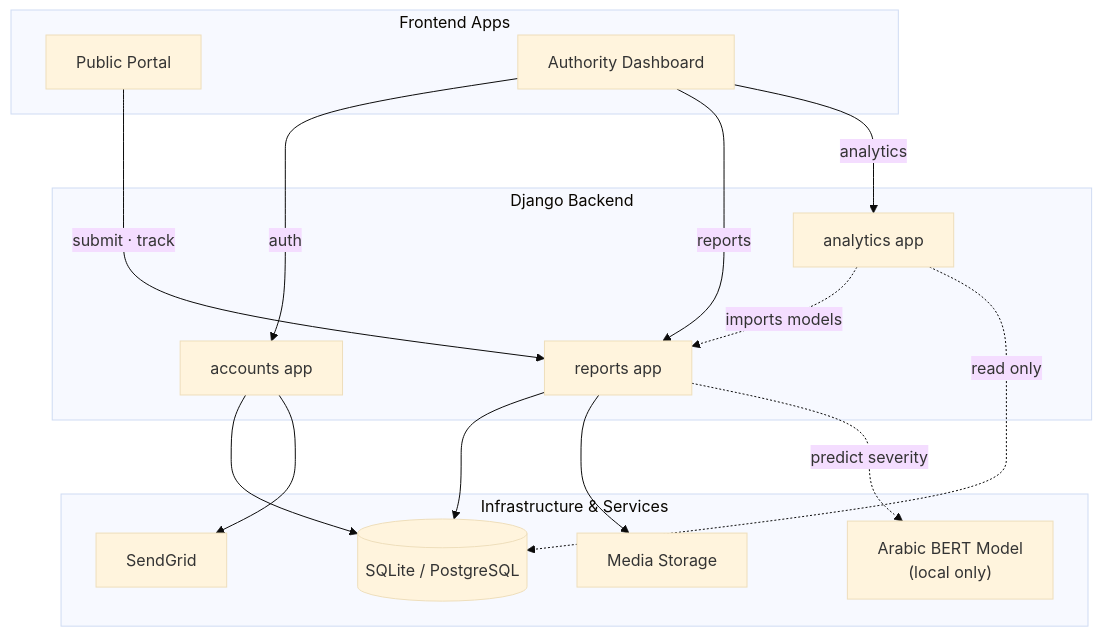
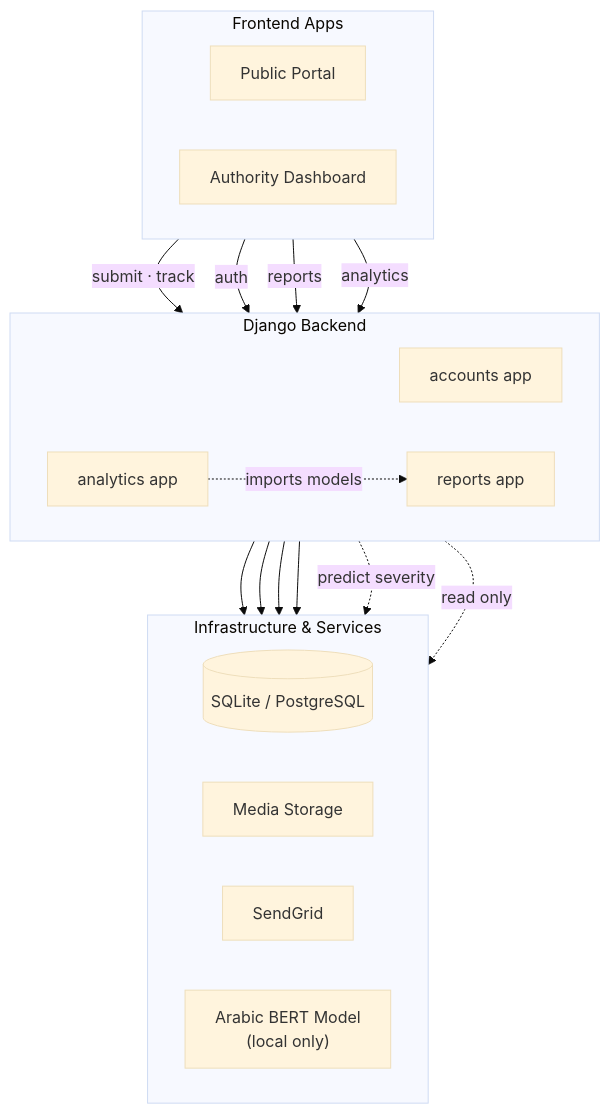
Before and after one commit to salmakhalill/Python-Sec-Sandbox: the first of 2 diagrams in test.md, drawn with Mermaid (base theme).

````diff
--- a/test.md
+++ b/test.md
@@ -22,45 +22,51 @@
 ```mermaid
 flowchart TD
 
     %% Frontends
     subgraph F["Frontend Apps"]
+        direction LR
         P["Public Portal"]
         D["Authority Dashboard"]
     end
 
     %% Backend
     subgraph B["Django Backend"]
+        direction LR
         AC["accounts app"]
         R["reports app"]
         AN["analytics app"]
     end
 
     %% Infrastructure
     subgraph I["Infrastructure & Services"]
+        direction LR
         DB[("SQLite / PostgreSQL")]
         MED["Media Storage"]
         SG["SendGrid"]
         ML["Arabic BERT Model<br/>(local only)"]
     end
 
-    %% Public portal
+    %% Frontend → Backend
     P -->|"submit · track"| R
 
-    %% Dashboard
     D -->|"auth"| AC
     D -->|"reports"| R
     D -->|"analytics"| AN
 
     %% Internal dependency
     AN -.->|"imports models"| R
 
-    %% Backend connections
+    %% Backend → Infrastructure
     AC --> DB
     AC --> SG
 
     R --> DB
     R --> MED
     R -.->|"predict severity"| ML
 
     AN -.->|"read only"| DB
+
+    %% --- روابط مخفية لإجبار المحاذاة (Invisible Alignment Links) ---
+    P ~~~ AC
+    D ~~~ AN
 ```
````
